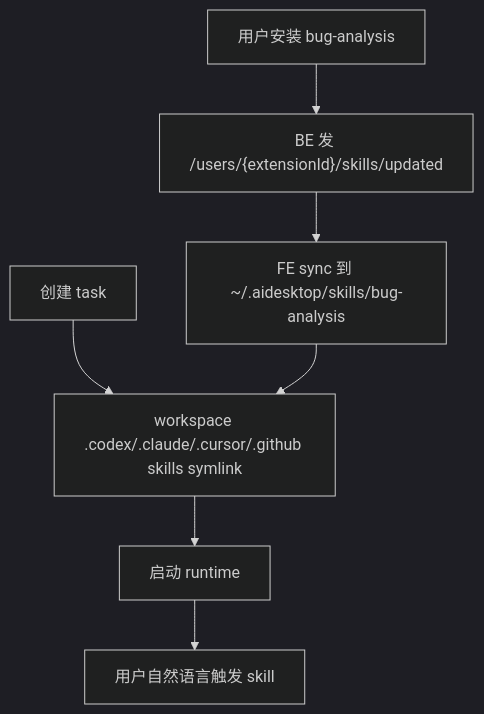
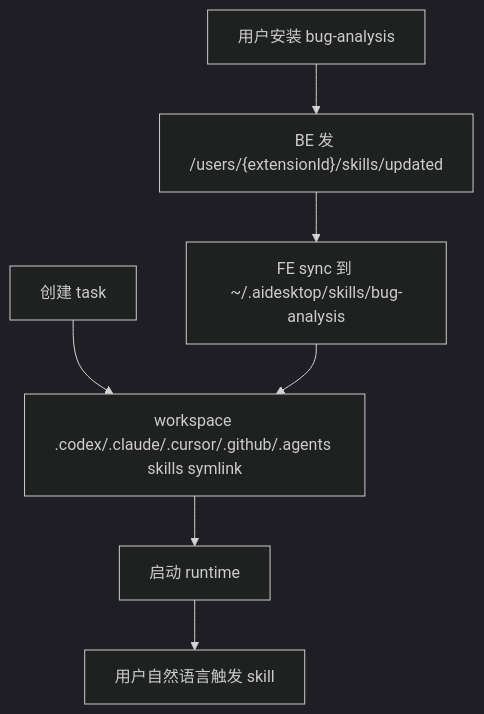
The diagram in ai-desk/Skill/local-materialization/specs/04-implementation-plan.md (karmiy/rc-obsidian-docs), drawn with Mermaid (dark theme) before and after one commit. The commit also changed other lines of this file and 16 other files, not shown here.

````diff
--- a/ai-desk/Skill/local-materialization/specs/04-implementation-plan.md
+++ b/ai-desk/Skill/local-materialization/specs/04-implementation-plan.md
@@ -302,9 +303,9 @@
 ```mermaid
 flowchart TD
   Install["用户安装 bug-analysis"] --> Event["BE 发 /users/{extensionId}/skills/updated"]
   Event --> Sync["FE sync 到 ~/.aidesktop/skills/bug-analysis"]
-  Task["创建 task"] --> Link["workspace .codex/.claude/.cursor/.github skills symlink"]
+  Task["创建 task"] --> Link["workspace .codex/.claude/.cursor/.github/.agents skills symlink"]
   Sync --> Link
   Link --> Runtime["启动 runtime"]
   Runtime --> Natural["用户自然语言触发 skill"]
 ```
````
